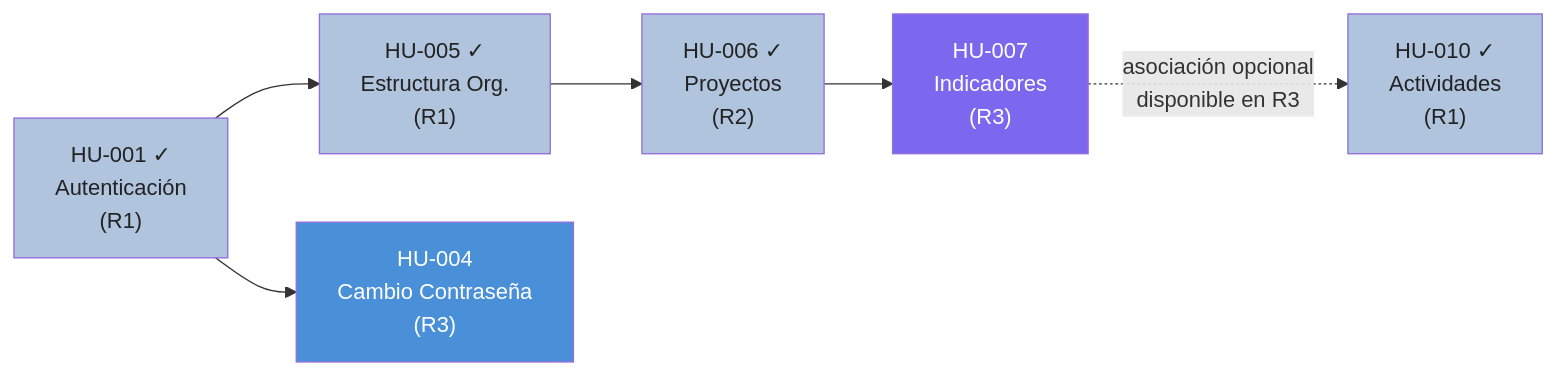
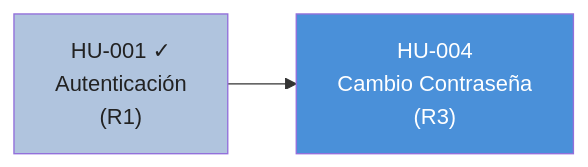
The fifth of 6 diagrams in docs/artifacts/14.plan_de_liberaciones_del_producto.md (sibeuco/DocumentacionSibe), drawn with Mermaid before and after one commit. The commit also changed other lines of this file and 9 other files, not shown here.

````diff
--- a/docs/artifacts/14.plan_de_liberaciones_del_producto.md
+++ b/docs/artifacts/14.plan_de_liberaciones_del_producto.md
@@ -640,20 +626,10 @@
 ```mermaid
 graph LR
     HU001["HU-001 ✓\nAutenticación\n(R1)"]
-    HU005["HU-005 ✓\nEstructura Org.\n(R1)"]
-    HU006["HU-006 ✓\nProyectos\n(R2)"]
     HU004["HU-004\nCambio Contraseña\n(R3)"]
-    HU007["HU-007\nIndicadores\n(R3)"]
-    HU010["HU-010 ✓\nActividades\n(R1)"]
 
     HU001 --> HU004
-    HU001 --> HU005 --> HU006 --> HU007
-    HU007 -.->|"asociación opcional\ndisponible en R3"| HU010
 
     style HU001 fill:#B0C4DE,color:#222
-    style HU005 fill:#B0C4DE,color:#222
-    style HU006 fill:#B0C4DE,color:#222
-    style HU010 fill:#B0C4DE,color:#222
     style HU004 fill:#4A90D9,color:#fff
-    style HU007 fill:#7B68EE,color:#fff
 ```
````
